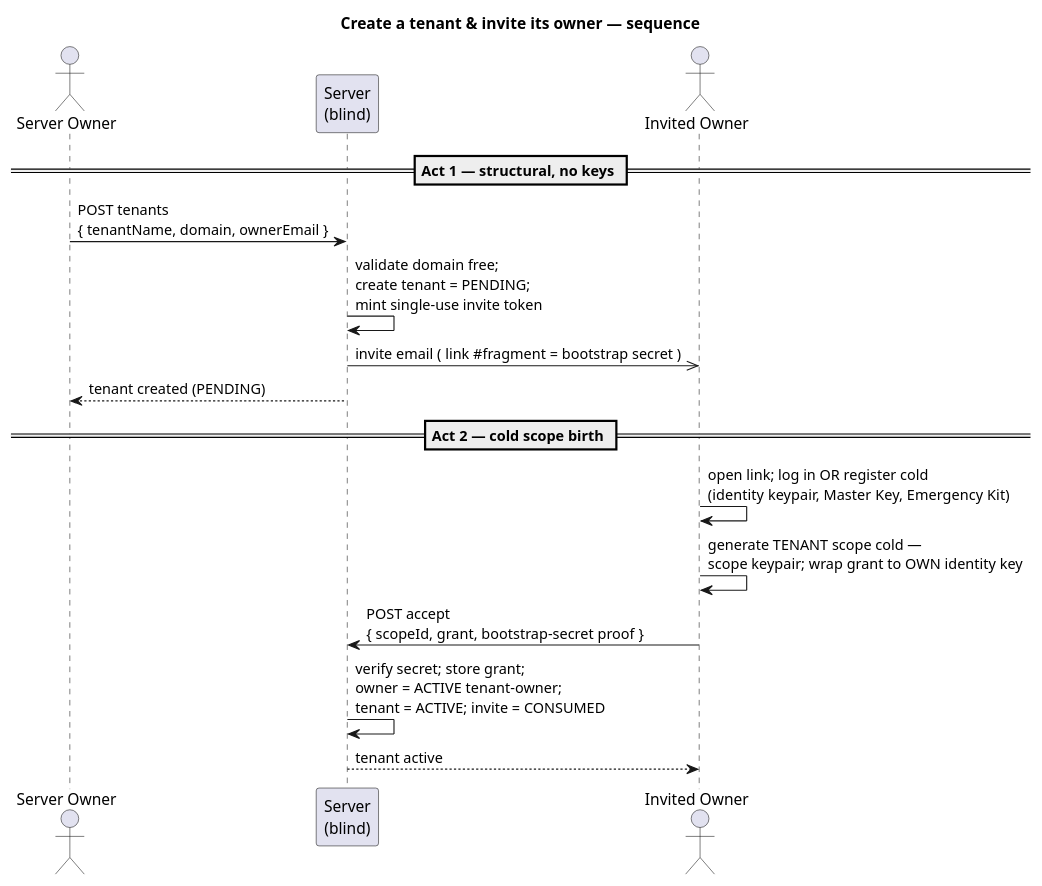
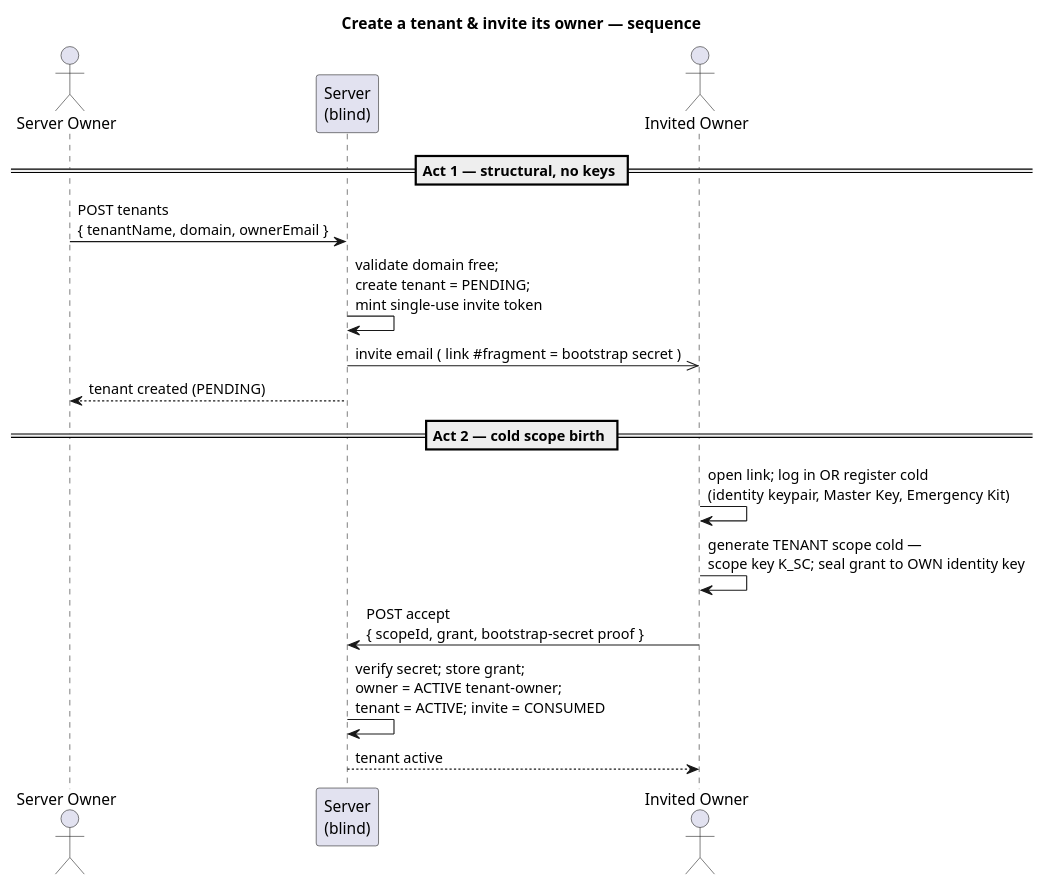
Before and after one commit to raddatzk/veyq-no-e2ee: the first of 2 diagrams in docs/features/admin/use-cases/uc.admin.create-tenant.md, drawn with PlantUML. The commit also changed other lines of this file and 10 other files, not shown here.

````diff
--- a/docs/features/admin/use-cases/uc.admin.create-tenant.md
+++ b/docs/features/admin/use-cases/uc.admin.create-tenant.md
@@ -46,22 +46,22 @@
 ```plantuml
 @startuml
 title Create a tenant & invite its owner — sequence
 skinparam shadowing false
 actor "Server Owner" as SO
 participant "Server\n(blind)" as S
 actor "Invited Owner" as IO
 
 == Act 1 — structural, no keys ==
 SO -> S : POST tenants\n{ tenantName, domain, ownerEmail }
 S -> S : validate domain free;\ncreate tenant = PENDING;\nmint single-use invite token
 S ->> IO : invite email ( link #fragment = bootstrap secret )
 S --> SO : tenant created (PENDING)
 
 == Act 2 — cold scope birth ==
 IO -> IO : open link; log in OR register cold\n(identity keypair, Master Key, Emergency Kit)
-IO -> IO : generate TENANT scope cold —\nscope keypair; wrap grant to OWN identity key
+IO -> IO : generate TENANT scope cold —\nscope key K_SC; seal grant to OWN identity key
 IO -> S : POST accept\n{ scopeId, grant, bootstrap-secret proof }
 S -> S : verify secret; store grant;\nowner = ACTIVE tenant-owner;\ntenant = ACTIVE; invite = CONSUMED
 S --> IO : tenant active
 @enduml
 ```
````
